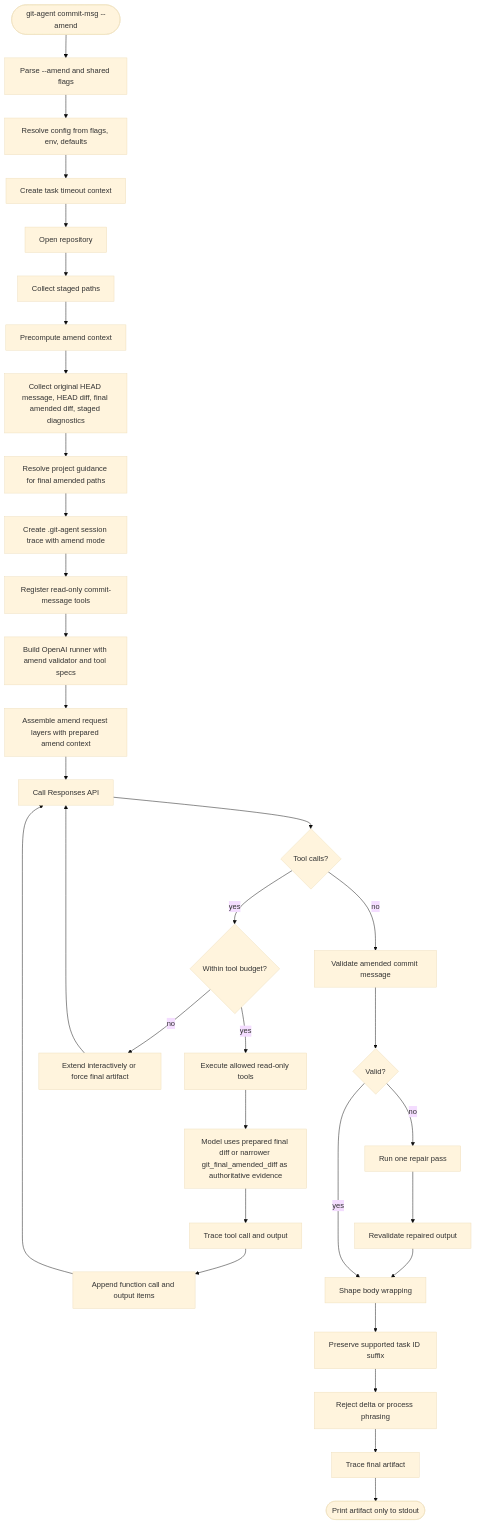
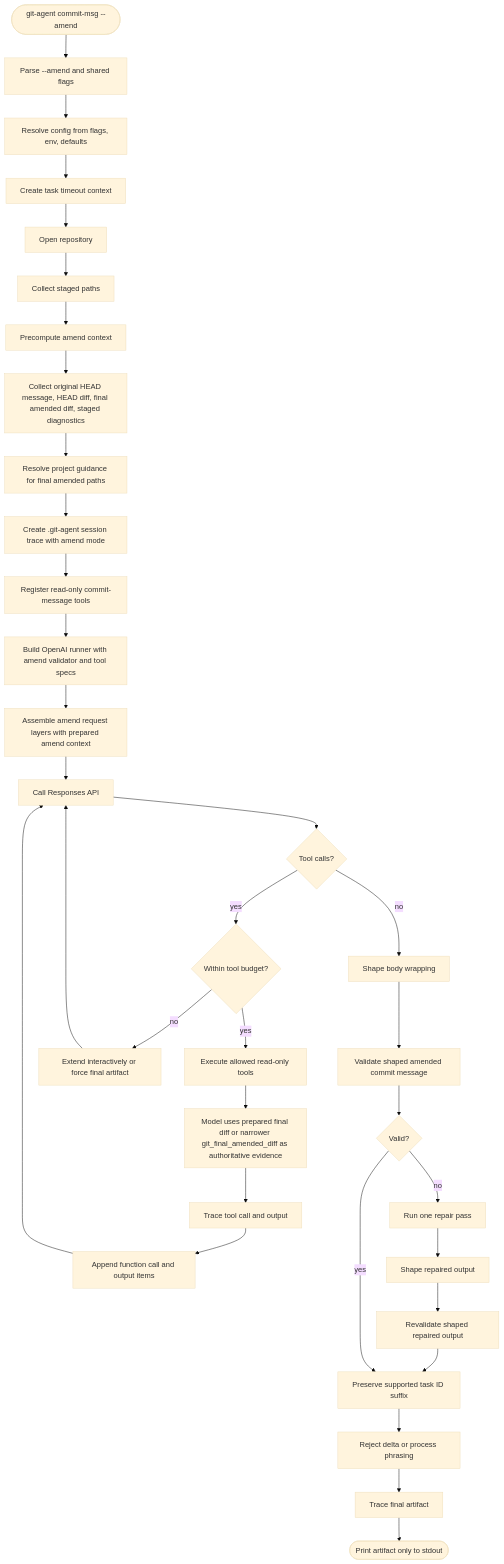
One commit to yusing/git-agent changed the second of 5 diagrams in docs/spec.md. Above: the diagram before and after it, drawn with Mermaid (base theme). The commit also changed other lines of this file and 8 other files, not shown here.

````diff
--- a/docs/spec.md
+++ b/docs/spec.md
@@ -358,35 +359,36 @@
 ```mermaid
 flowchart TD
     Start([git-agent commit-msg --amend]) --> Parse[Parse --amend and shared flags]
     Parse --> Resolve[Resolve config from flags, env, defaults]
     Resolve --> Timeout[Create task timeout context]
     Timeout --> OpenRepo[Open repository]
     OpenRepo --> StagedPaths[Collect staged paths]
     StagedPaths --> Prepare[Precompute amend context]
     Prepare --> Evidence[Collect original HEAD message, HEAD diff, final amended diff, staged diagnostics]
     Evidence --> Guidance[Resolve project guidance for final amended paths]
     Guidance --> Trace[Create .git-agent session trace with amend mode]
     Trace --> Registry[Register read-only commit-message tools]
     Registry --> Runner[Build OpenAI runner with amend validator and tool specs]
     Runner --> Request[Assemble amend request layers with prepared amend context]
     Request --> Model[Call Responses API]
     Model --> ToolDecision{Tool calls?}
     ToolDecision -- yes --> ToolBudget{Within tool budget?}
     ToolBudget -- yes --> ExecuteTools[Execute allowed read-only tools]
     ExecuteTools --> FinalDiff[Model uses prepared final diff or narrower git_final_amended_diff as authoritative evidence]
     FinalDiff --> RecordTools[Trace tool call and output]
     RecordTools --> Continue[Append function call and output items]
     Continue --> Model
     ToolBudget -- no --> Budget[Extend interactively or force final artifact]
     Budget --> Model
-    ToolDecision -- no --> Validate[Validate amended commit message]
+    ToolDecision -- no --> Shape[Shape body wrapping]
+    Shape --> Validate[Validate shaped amended commit message]
     Validate --> Valid{Valid?}
     Valid -- no --> Repair[Run one repair pass]
-    Repair --> Revalidate[Revalidate repaired output]
-    Revalidate --> Shape[Shape body wrapping]
-    Valid -- yes --> Shape
-    Shape --> Preserve[Preserve supported task ID suffix]
+    Repair --> Reshape[Shape repaired output]
+    Reshape --> Revalidate[Revalidate shaped repaired output]
+    Revalidate --> Preserve
+    Valid -- yes --> Preserve[Preserve supported task ID suffix]
     Preserve --> FinalValidate[Reject delta or process phrasing]
     FinalValidate --> FinalTrace[Trace final artifact]
     FinalTrace --> Stdout([Print artifact only to stdout])
 ```
````
